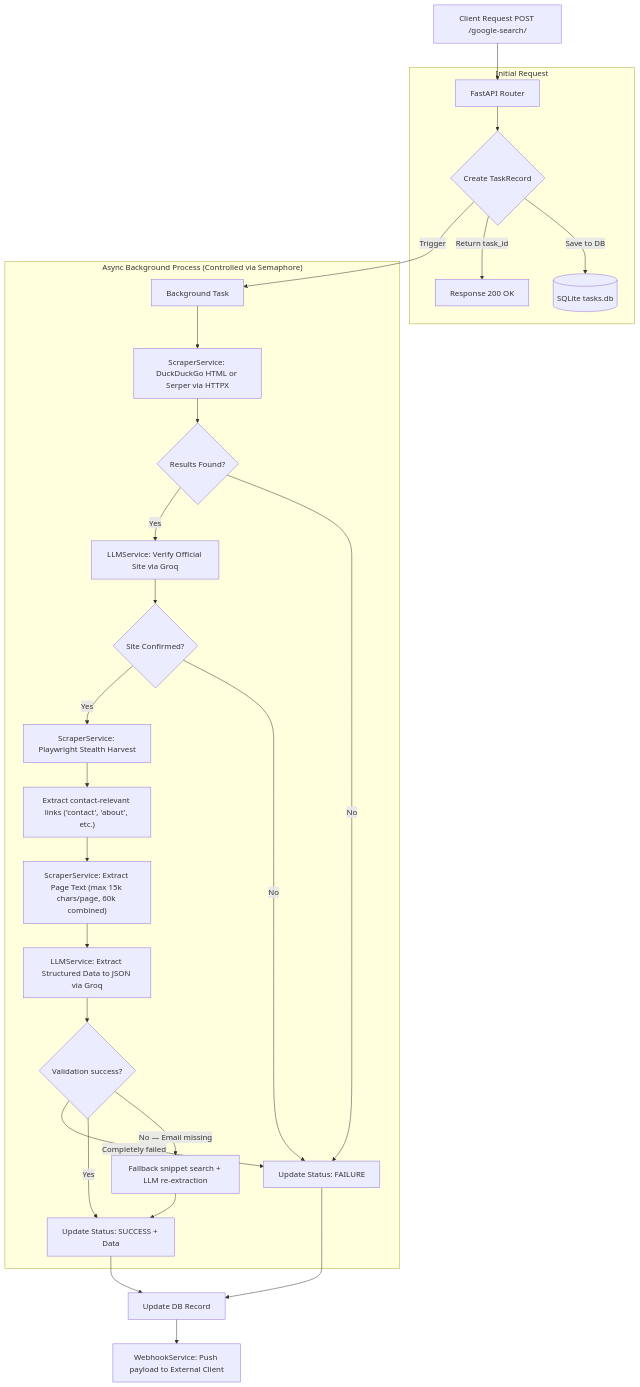
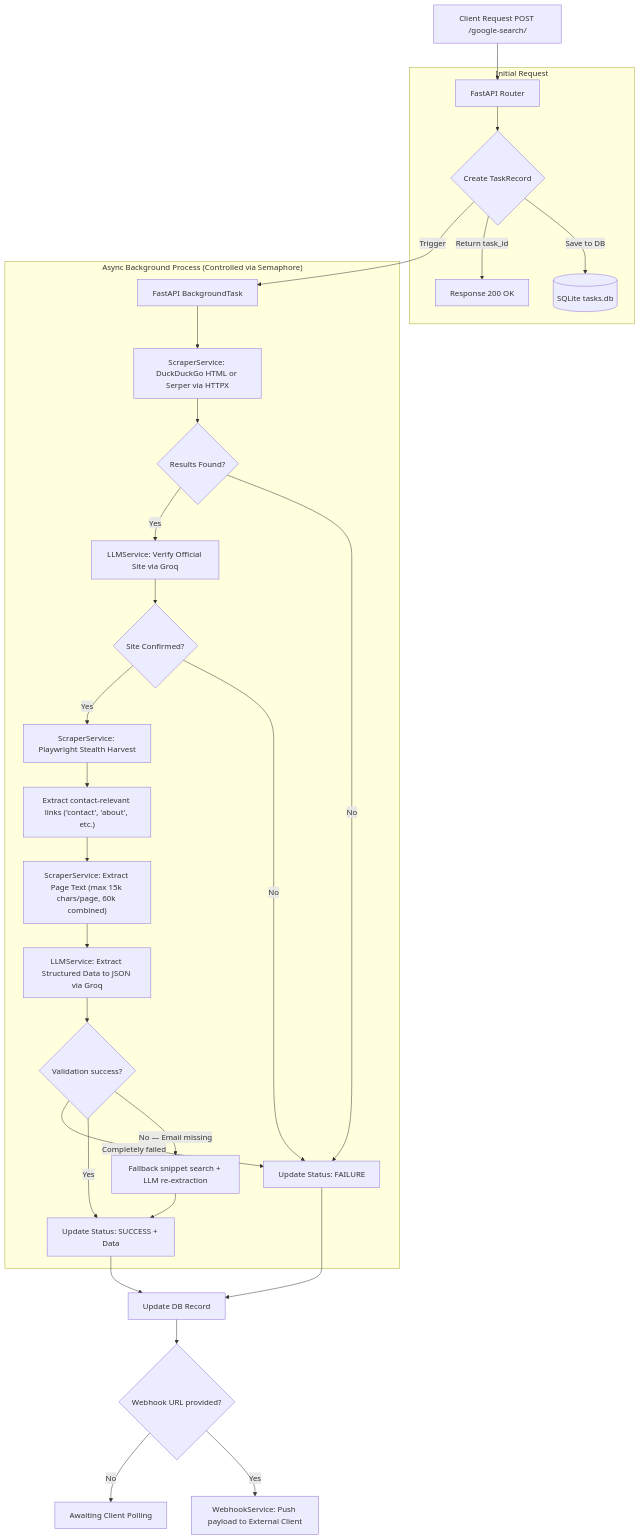
The first of 2 diagrams in ARCHITECTURE.md (ryyhan/scraper), drawn with Mermaid before and after one commit. The commit also changed other lines of this file and 12 other files, not shown here.

Commit message:
docs: add comprehensive project documentation and architecture index

````diff
--- a/ARCHITECTURE.md
+++ b/ARCHITECTURE.md
@@ -21,40 +24,42 @@
 ```mermaid
 flowchart TD
     A[Client Request POST /google-search/] --> B[FastAPI Router]
     
     subgraph Initial Request
         B --> C{Create TaskRecord}
         C -->|Save to DB| D[(SQLite tasks.db)]
         C -->|Return task_id| E[Response 200 OK]
     end
     
-    C -->|Trigger| F[Background Task]
+    C -->|Trigger| F[FastAPI BackgroundTask]
     
     subgraph "Async Background Process (Controlled via Semaphore)"
         F --> G[ScraperService: DuckDuckGo HTML or Serper via HTTPX]
         G --> H{Results Found?}
         
         H -->|No| I[Update Status: FAILURE]
         H -->|Yes| J[LLMService: Verify Official Site via Groq]
         
         J --> K{Site Confirmed?}
         K -->|No| I
         K -->|Yes| L[ScraperService: Playwright Stealth Harvest]
         
         L --> M["Extract contact-relevant links ('contact', 'about', etc.)"]
         M --> N["ScraperService: Extract Page Text (max 15k chars/page, 60k combined)"]
         
         N --> O[LLMService: Extract Structured Data to JSON via Groq]
         O --> P{Validation success?}
         
         P -->|No — Email missing| Q[Fallback snippet search + LLM re-extraction]
         Q --> R[Update Status: SUCCESS + Data]
         P -->|Yes| R
         P -->|Completely failed| I
     end
     
     R --> S[Update DB Record]
     I --> S
     
-    S --> T[WebhookService: Push payload to External Client]
+    S --> T{Webhook URL provided?}
+    T -->|Yes| U[WebhookService: Push payload to External Client]
+    T -->|No| V[Awaiting Client Polling]
 ```
````
